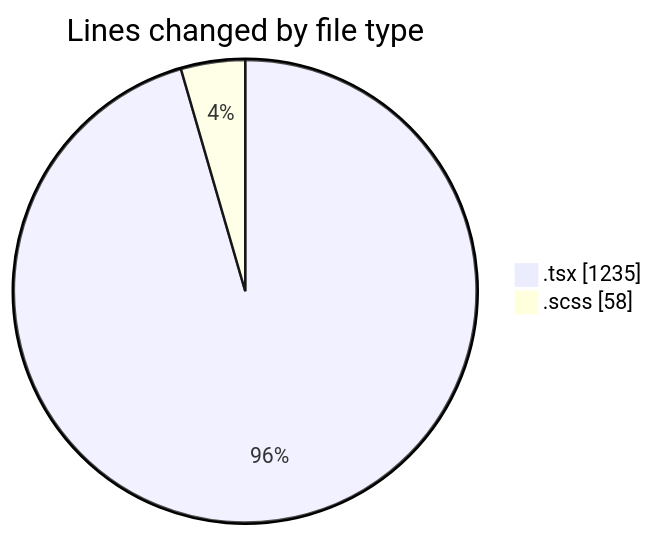
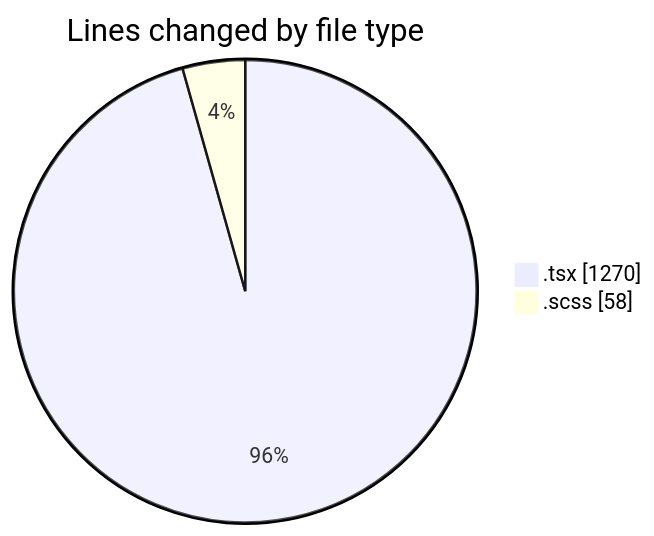
The first of 2 diagrams in 2026-10-05/cda/README.md (momahboobian/code-tracking), drawn with Mermaid before and after one commit. The commit also changed other lines of this file and 1 other file, not shown here.

````diff
--- a/2026-10-05/cda/README.md
+++ b/2026-10-05/cda/README.md
@@ -27,6 +27,6 @@
 ```mermaid
 pie showData
 title Lines changed by file type
-".tsx" : 1235
+".tsx" : 1270
 ".scss" : 58
 ```
````
